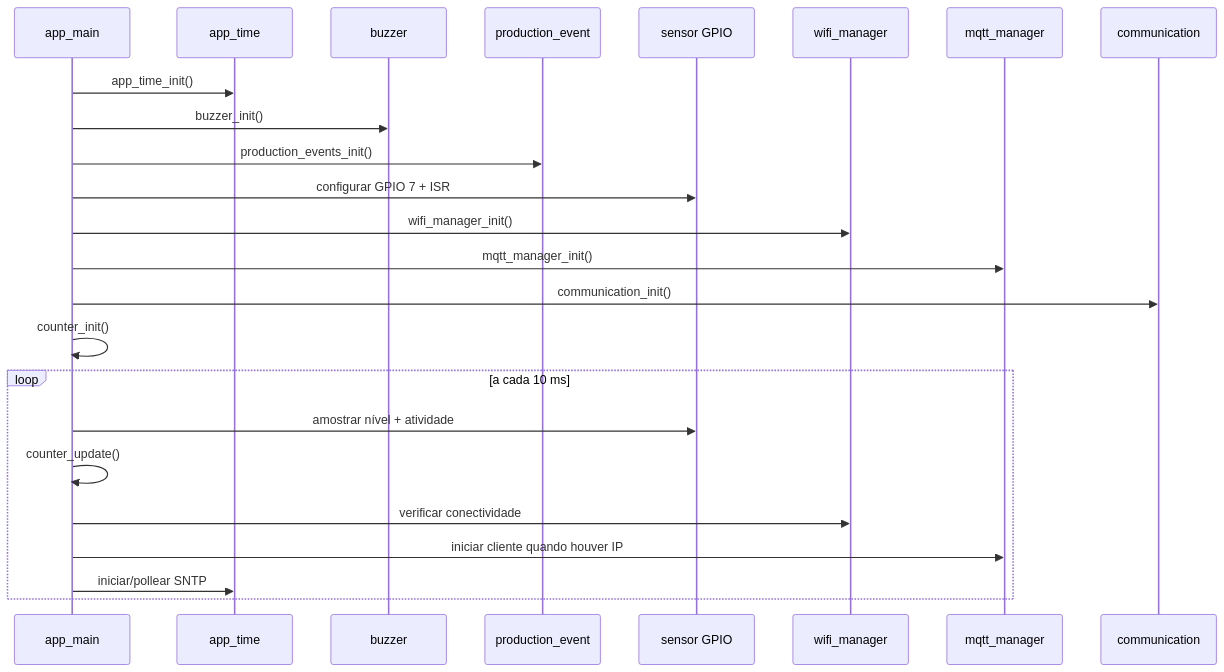
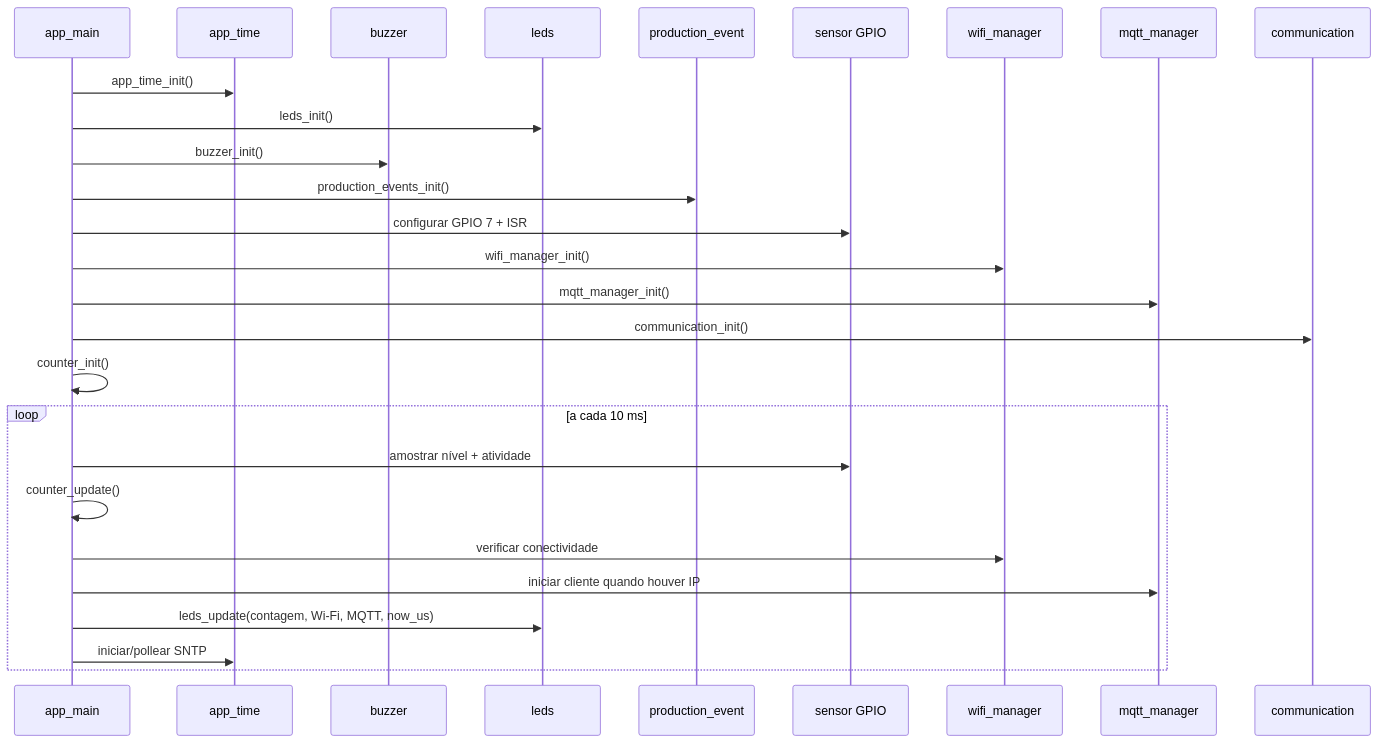
Before and after one commit to joaohenriquebitu/FlowCount: the second of 3 diagrams in main/README.md, drawn with Mermaid. The commit also changed other lines of this file and 14 other files, not shown here.

Commit message:
feat: adiciona LEDs independentes de contagem e conexao

````diff
--- a/main/README.md
+++ b/main/README.md
@@ -129,27 +136,30 @@
 ```mermaid
 sequenceDiagram
     participant APP as app_main
     participant CLK as app_time
     participant BZ as buzzer
+    participant LED as leds
     participant EVT as production_event
     participant GPIO as sensor GPIO
     participant WIFI as wifi_manager
     participant MQTT as mqtt_manager
     participant COMM as communication
 
     APP->>CLK: app_time_init()
+    APP->>LED: leds_init()
     APP->>BZ: buzzer_init()
     APP->>EVT: production_events_init()
     APP->>GPIO: configurar GPIO 7 + ISR
     APP->>WIFI: wifi_manager_init()
     APP->>MQTT: mqtt_manager_init()
     APP->>COMM: communication_init()
     APP->>APP: counter_init()
     loop a cada 10 ms
         APP->>GPIO: amostrar nível + atividade
         APP->>APP: counter_update()
         APP->>WIFI: verificar conectividade
         APP->>MQTT: iniciar cliente quando houver IP
+        APP->>LED: leds_update(contagem, Wi-Fi, MQTT, now_us)
         APP->>CLK: iniciar/pollear SNTP
     end
 ```
````
